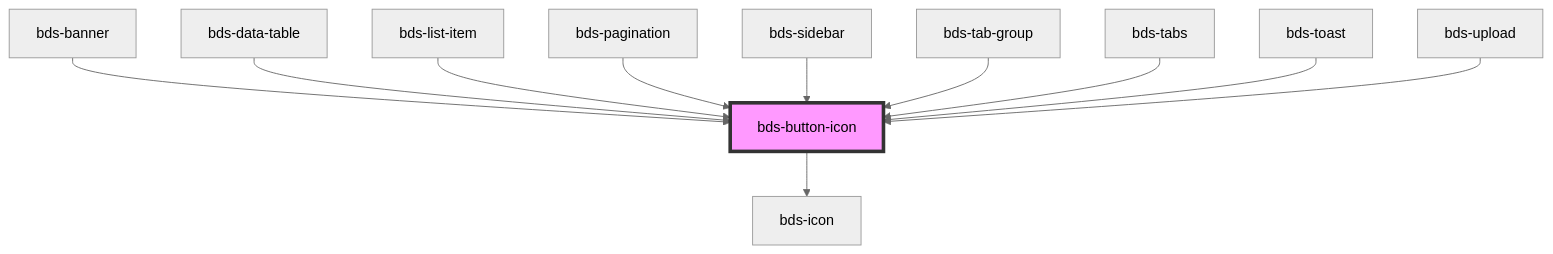
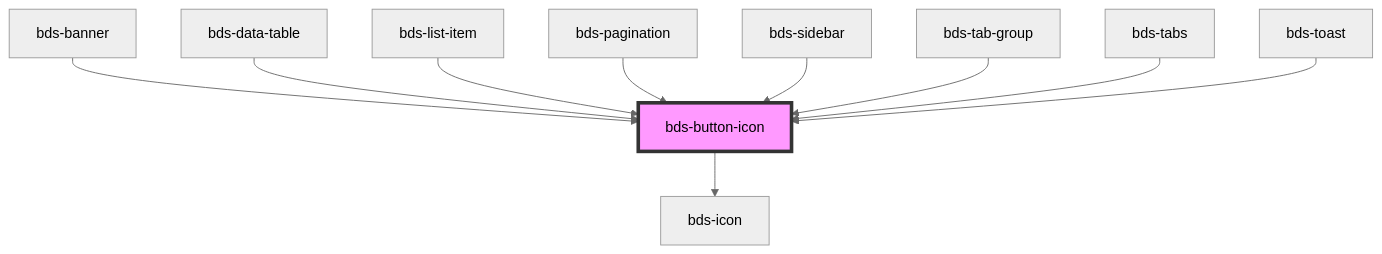
The diagram in src/components/icon-button/readme.md (takenet/blip-ds), drawn with Mermaid (neutral theme) before and after one commit. The commit also changed other lines of this file and 8 other files, not shown here.

````diff
--- a/src/components/icon-button/readme.md
+++ b/src/components/icon-button/readme.md
@@ -46,14 +45,13 @@
 ```mermaid
 graph TD;
   bds-button-icon --> bds-icon
   bds-banner --> bds-button-icon
   bds-data-table --> bds-button-icon
   bds-list-item --> bds-button-icon
   bds-pagination --> bds-button-icon
   bds-sidebar --> bds-button-icon
   bds-tab-group --> bds-button-icon
   bds-tabs --> bds-button-icon
   bds-toast --> bds-button-icon
-  bds-upload --> bds-button-icon
   style bds-button-icon fill:#f9f,stroke:#333,stroke-width:4px
 ```
````
